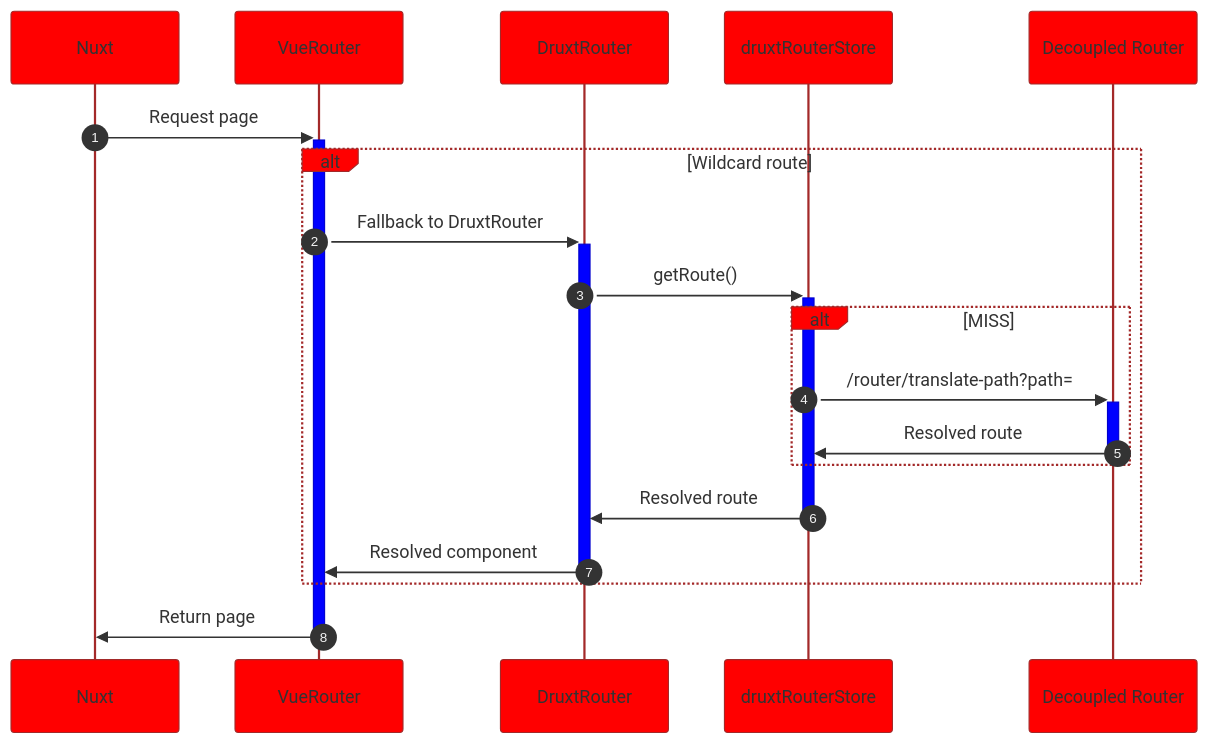
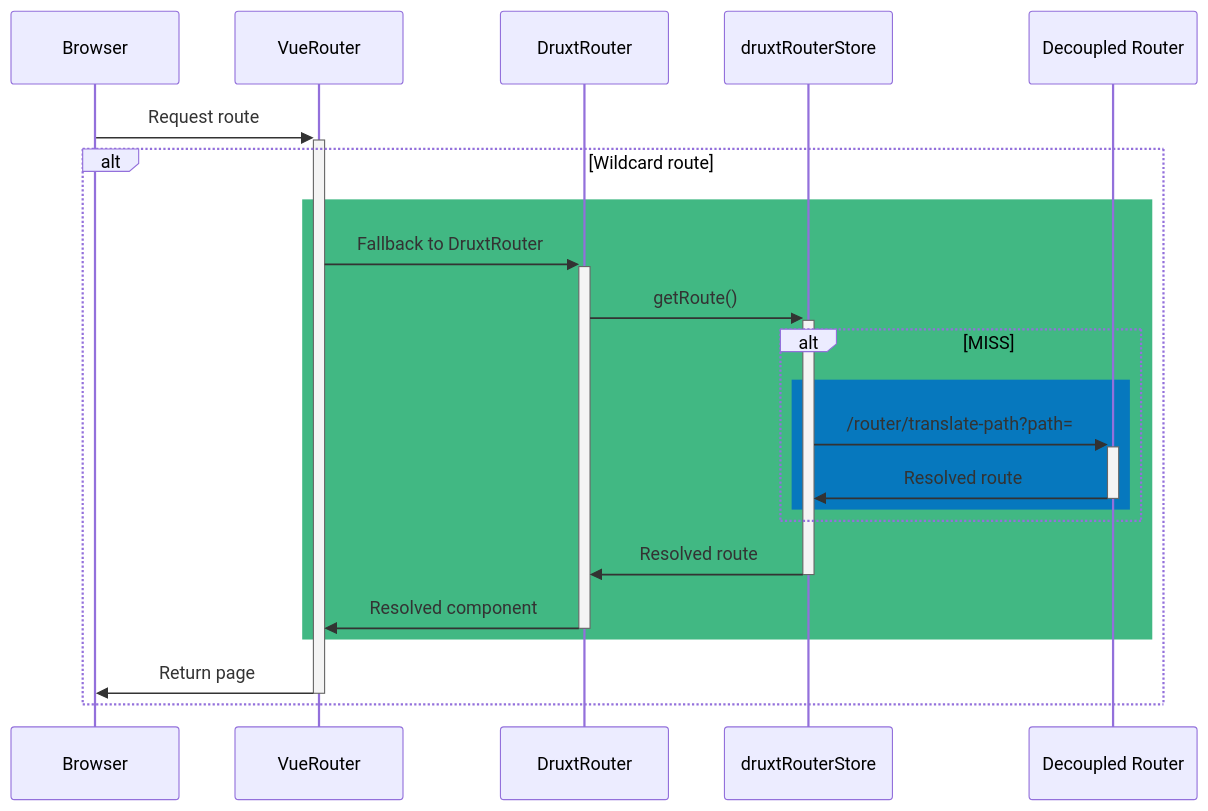
One commit to isabella232/presentation-druxt_101 changed the first of 2 diagrams in slides.md. Above: the diagram before and after it, drawn with Mermaid. The commit also changed other lines of this file and 3 other files, not shown here.

````diff
--- a/slides.md
+++ b/slides.md
@@ -455,17 +505,19 @@
-```mermaid
-%%{init: {'theme': 'base', 'themeVariables': { 'primaryColor': '#ff0000'}}}%%
+```mermaid { theme: 'base' }
 sequenceDiagram
-  autonumber
-  Nuxt->>+VueRouter: Request page
+  Browser->>+VueRouter: Request route
   alt Wildcard route
-    VueRouter->>+DruxtRouter: Fallback to DruxtRouter
-    DruxtRouter->>+druxtRouterStore: getRoute()
-    alt MISS
-      druxtRouterStore->>+Decoupled Router: /router/translate-path?path=
-      Decoupled Router->>-druxtRouterStore: Resolved route
+    rect rgba(65, 184, 131, 1)
+      VueRouter->>+DruxtRouter: Fallback to DruxtRouter
+      DruxtRouter->>+druxtRouterStore: getRoute()
+      alt MISS
+        rect rgba(6, 120, 190, 1)
+          druxtRouterStore->>+Decoupled Router: /router/translate-path?path=
+          Decoupled Router->>-druxtRouterStore: Resolved route
+        end
+      end
+      druxtRouterStore->>-DruxtRouter: Resolved route
+      DruxtRouter->>-VueRouter: Resolved component
     end
-    druxtRouterStore->>-DruxtRouter: Resolved route
-    DruxtRouter->>-VueRouter: Resolved component
+    VueRouter->>-Browser: Return page
   end
-  VueRouter->>-Nuxt: Return page
 ```
````
